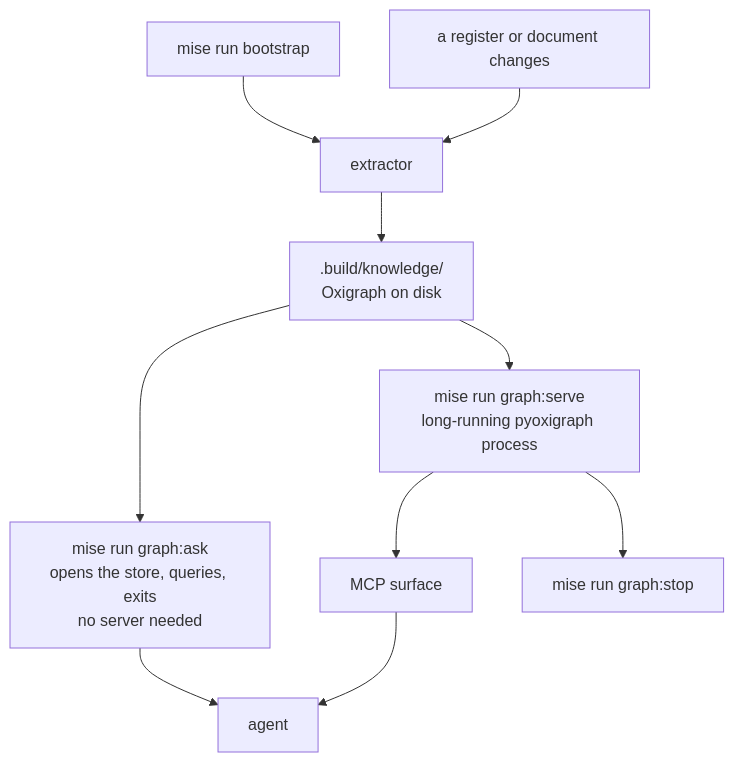
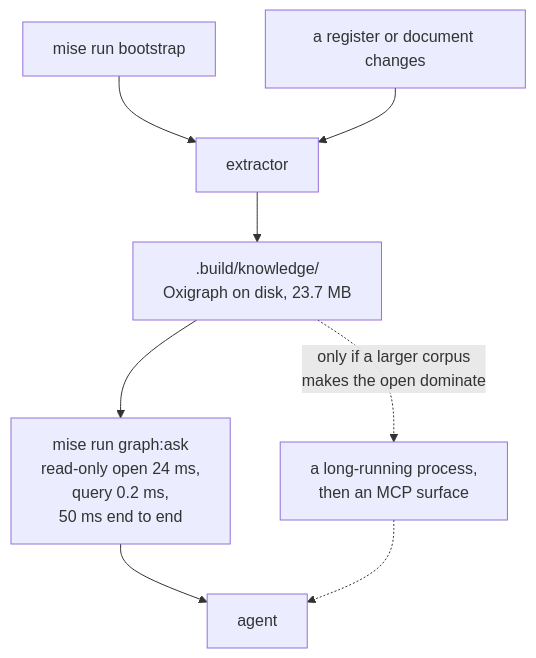
The sixth of 6 diagrams in docs/developer/sketches/knowledge-index.md (nebularis/lattice), drawn with Mermaid before and after one commit. The commit also changed other lines of this file and 3 other files, not shown here.

````diff
--- a/docs/developer/sketches/knowledge-index.md
+++ b/docs/developer/sketches/knowledge-index.md
@@ -321,12 +321,10 @@
 ```mermaid
 flowchart TD
   B["mise run bootstrap"] --> X["extractor"]
-  X --> S[".build/knowledge/<br/>Oxigraph on disk"]
   W["a register or document changes"] --> X
-  S --> P1["mise run graph:ask<br/>opens the store, queries, exits<br/>no server needed"]
-  S --> P2["mise run graph:serve<br/>long-running pyoxigraph process"]
-  P2 --> M["MCP surface"]
+  X --> S[".build/knowledge/<br/>Oxigraph on disk, 23.7 MB"]
+  S --> P1["mise run graph:ask<br/>read-only open 24 ms,<br/>query 0.2 ms,<br/>50 ms end to end"]
   P1 --> A["agent"]
-  M --> A
-  P2 --> Q["mise run graph:stop"]
+  S -.->|"only if a larger corpus<br/>makes the open dominate"| P2["a long-running process,<br/>then an MCP surface"]
+  P2 -.-> A
 ```
````
